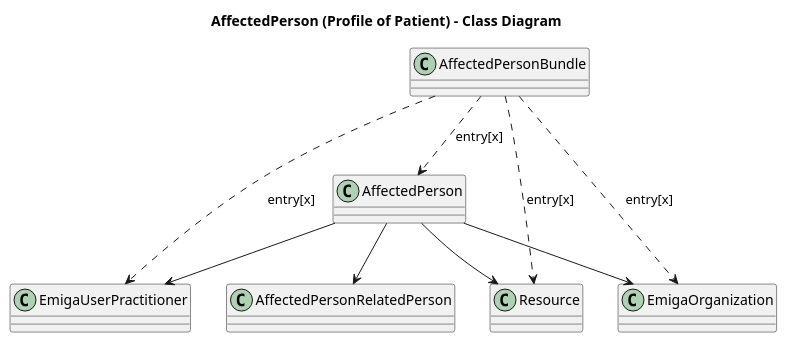
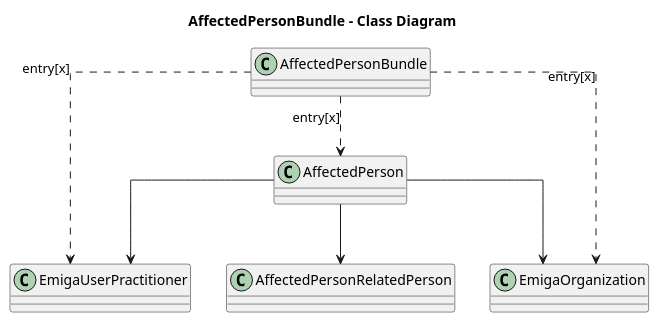
One commit to robert-koch-institut/rki.emiga.common changed the diagram in rki.emiga.common/PlantUML/AffectedPersonBundle.puml. Above: the diagram before and after it, drawn with PlantUML. The commit also changed 2 other files, not shown here.

```diff
--- a/rki.emiga.common/PlantUML/AffectedPersonBundle.puml
+++ b/rki.emiga.common/PlantUML/AffectedPersonBundle.puml
@@ -1,33 +1,28 @@
 @startuml
-title AffectedPerson (Profile of Patient) - Class Diagram
+skinparam linetype ortho
 
-'TODO what is this supposed to be used for? where is this information coming from? 
-' why is it called AffectedPersonBundle? does that refer to https://simplifier.net/rki.emiga.common/AffectedPersonBundle/~overview?
+title AffectedPersonBundle - Class Diagram
 
 ' Main Class
 class AffectedPerson{
 }
 
 class EmigaUserPractitioner {
 }
 
 class EmigaOrganization {
 }
 
-class Resource {
-}
 
 class AffectedPersonBundle {
 }
 
 AffectedPerson--> AffectedPersonRelatedPerson
 AffectedPerson--> EmigaOrganization
 AffectedPerson--> EmigaUserPractitioner
-AffectedPerson--> Resource
 
 AffectedPersonBundle ..>  AffectedPerson: entry[x]
 AffectedPersonBundle ..>  EmigaOrganization: entry[x]
 AffectedPersonBundle ..>  EmigaUserPractitioner: entry[x]
-AffectedPersonBundle ..>   Resource: entry[x]
 
 @enduml
```
